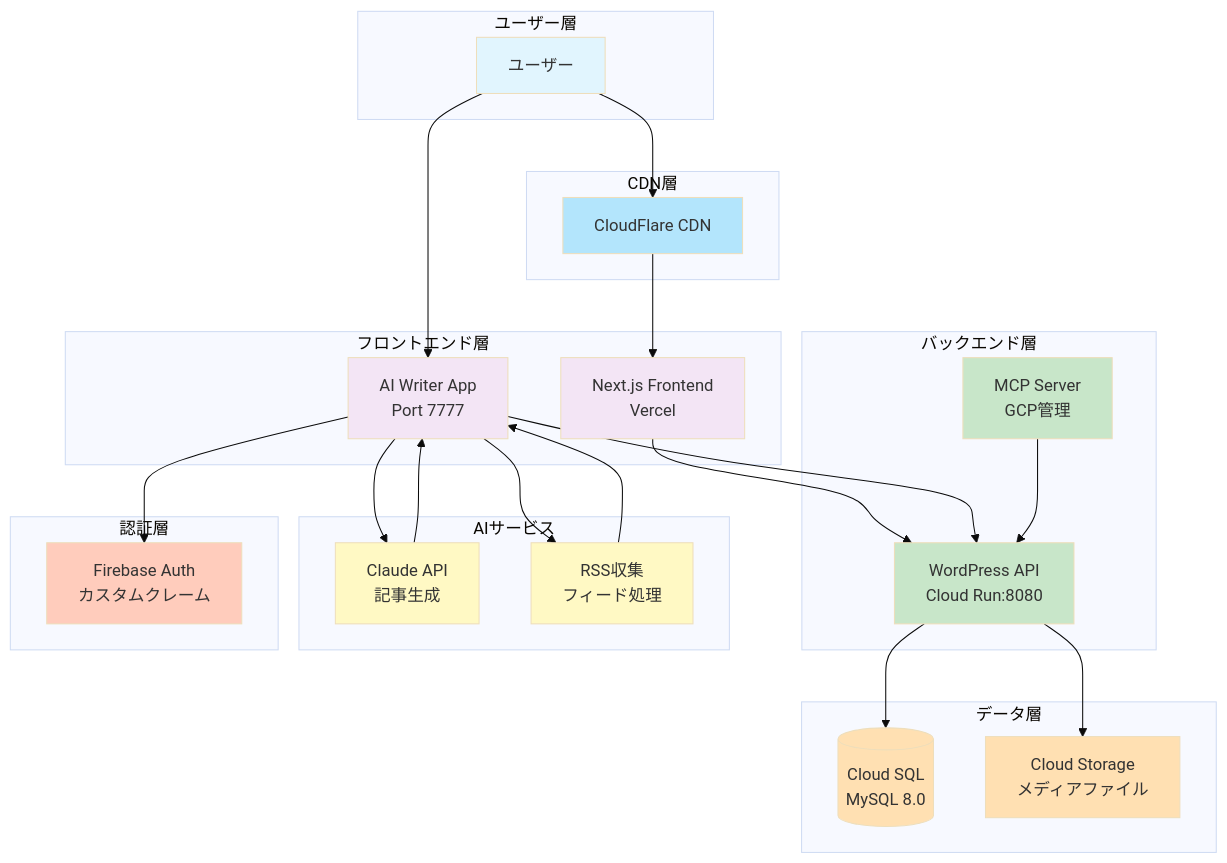
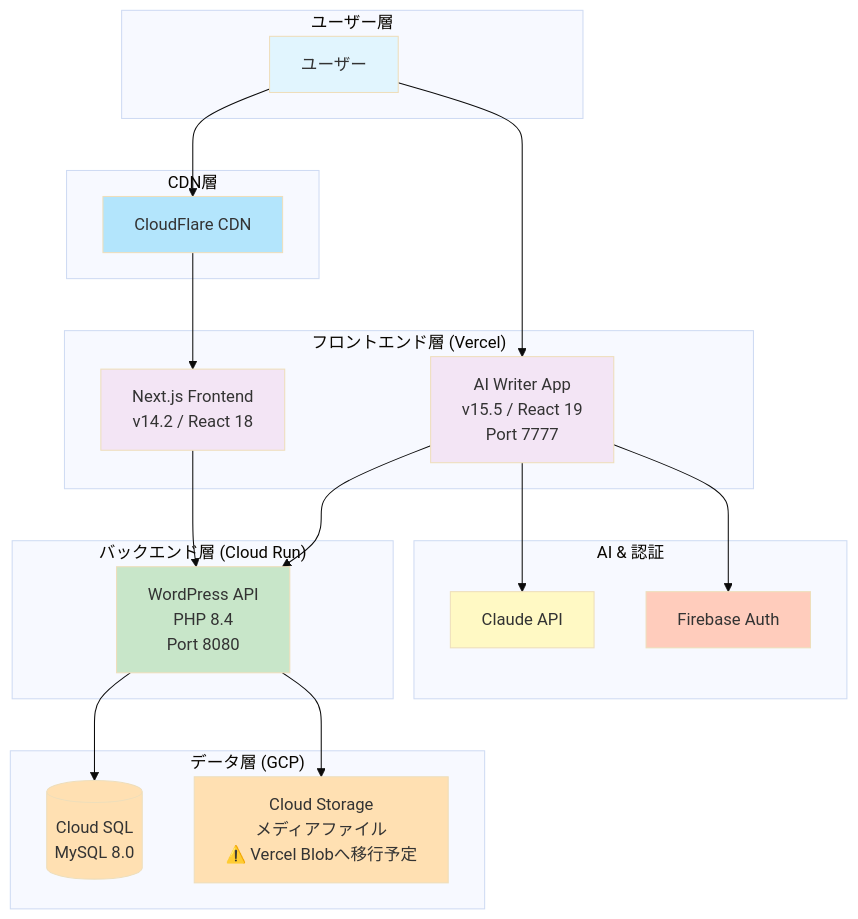
Before and after one commit to thanks2music/revolution: the first of 2 diagrams in README.md, drawn with Mermaid (base theme). The commit also changed other lines of this file and 1 other file, not shown here.

````diff
--- a/README.md
+++ b/README.md
@@ -24,60 +105,49 @@
 ```mermaid
 graph TB
     subgraph "ユーザー層"
         U[ユーザー]
     end
 
     subgraph "CDN層"
         CDN[CloudFlare CDN]
     end
 
-    subgraph "フロントエンド層"
-        FE1[Next.js Frontend<br/>Vercel]
-        FE2[AI Writer App<br/>Port 7777]
+    subgraph "フロントエンド層 (Vercel)"
+        FE1[Next.js Frontend<br/>v14.2 / React 18]
+        FE2[AI Writer App<br/>v15.5 / React 19<br/>Port 7777]
     end
 
-    subgraph "バックエンド層"
-        WP[WordPress API<br/>Cloud Run:8080]
-        MCP[MCP Server<br/>GCP管理]
+    subgraph "バックエンド層 (Cloud Run)"
+        WP[WordPress API<br/>PHP 8.4<br/>Port 8080]
     end
 
-    subgraph "AIサービス"
-        CLAUDE[Claude API<br/>記事生成]
-        RSS[RSS収集<br/>フィード処理]
+    subgraph "データ層 (GCP)"
+        DB[(Cloud SQL<br/>MySQL 8.0)]
+        GCS[Cloud Storage<br/>メディアファイル<br/>⚠️ Vercel Blobへ移行予定]
     end
 
-    subgraph "データ層"
-        DB[(Cloud SQL<br/>MySQL 8.0)]
-        GCS[Cloud Storage<br/>メディアファイル]
-    end
-
-    subgraph "認証層"
-        FB[Firebase Auth<br/>カスタムクレーム]
+    subgraph "AI & 認証"
+        CLAUDE[Claude API]
+        FB[Firebase Auth]
     end
 
     U --> CDN
     CDN --> FE1
     U --> FE2
     FE1 --> WP
     FE2 --> WP
     FE2 --> CLAUDE
-    FE2 --> RSS
     FE2 --> FB
     WP --> DB
     WP --> GCS
-    MCP --> WP
-    CLAUDE --> FE2
-    RSS --> FE2
 
     style U fill:#e1f5fe
     style CDN fill:#b3e5fc
     style FE1 fill:#f3e5f5
     style FE2 fill:#f3e5f5
     style WP fill:#c8e6c9
-    style MCP fill:#c8e6c9
     style CLAUDE fill:#fff9c4
-    style RSS fill:#fff9c4
     style DB fill:#ffe0b2
     style GCS fill:#ffe0b2
     style FB fill:#ffccbc
 ```
````
